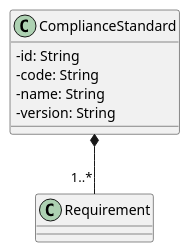
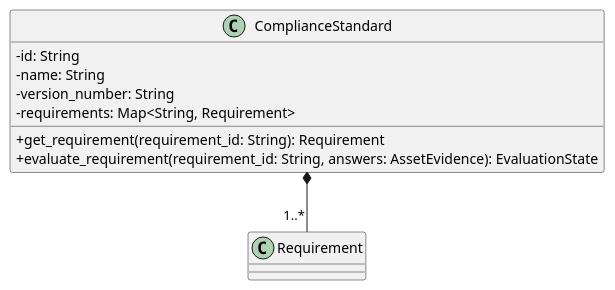
Before and after one commit to GroupRubberDuck/Documentazione: the diagram in src/PB/DocumentazioneEsterna/Specifica_Tecnica/content/uml/puml/Diagrammi_classi/Backend/Domain/ComplianceStandard.puml, drawn with PlantUML. The commit also changed 24 other files, not shown here.

```diff
--- a/src/PB/DocumentazioneEsterna/Specifica_Tecnica/content/uml/puml/Diagrammi_classi/Backend/Domain/ComplianceStandard.puml
+++ b/src/PB/DocumentazioneEsterna/Specifica_Tecnica/content/uml/puml/Diagrammi_classi/Backend/Domain/ComplianceStandard.puml
@@ -1,13 +1,16 @@
 @startuml ComplianceStandard
 skinparam linetype ortho
 skinparam classAttributeIconSize 0
 
 class ComplianceStandard {
     - id: String
-    - code: String
     - name: String
-    - version: String
+    - version_number: String
+    - requirements: Map<String, Requirement>
+
+    + get_requirement(requirement_id: String): Requirement
+    + evaluate_requirement(requirement_id: String, answers: AssetEvidence): EvaluationState
 }
 ComplianceStandard *-- "1..*" Requirement
 
 @enduml
```
